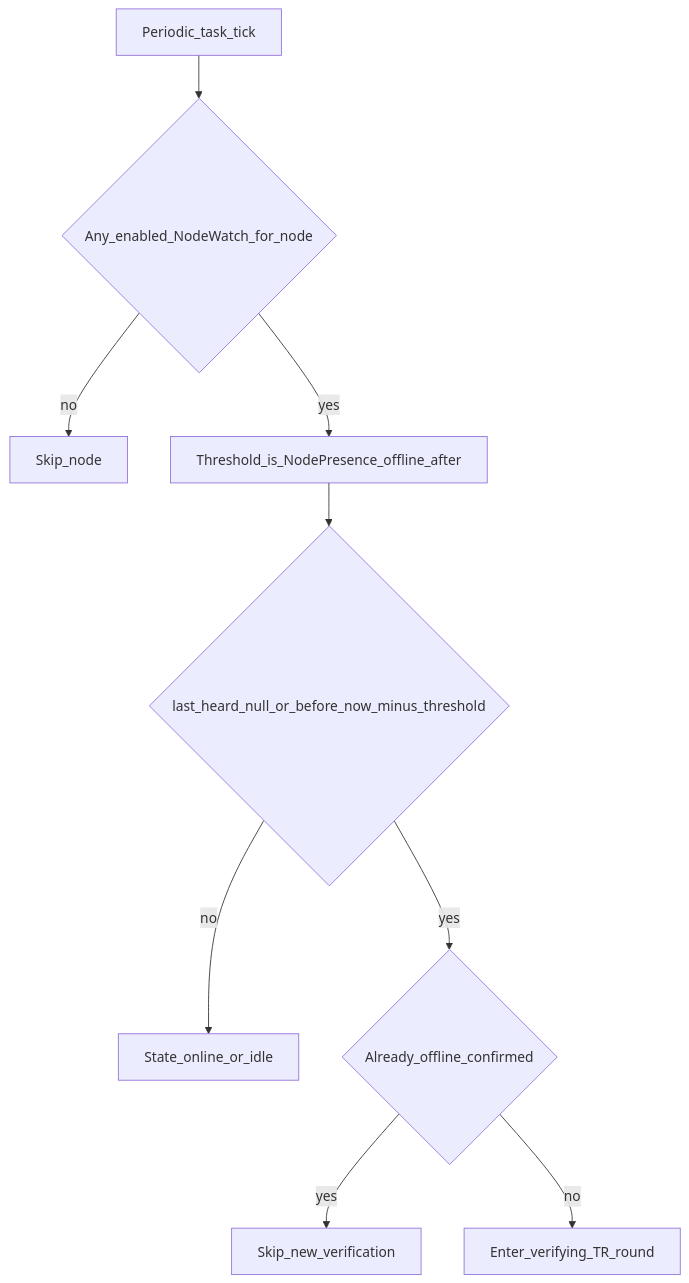
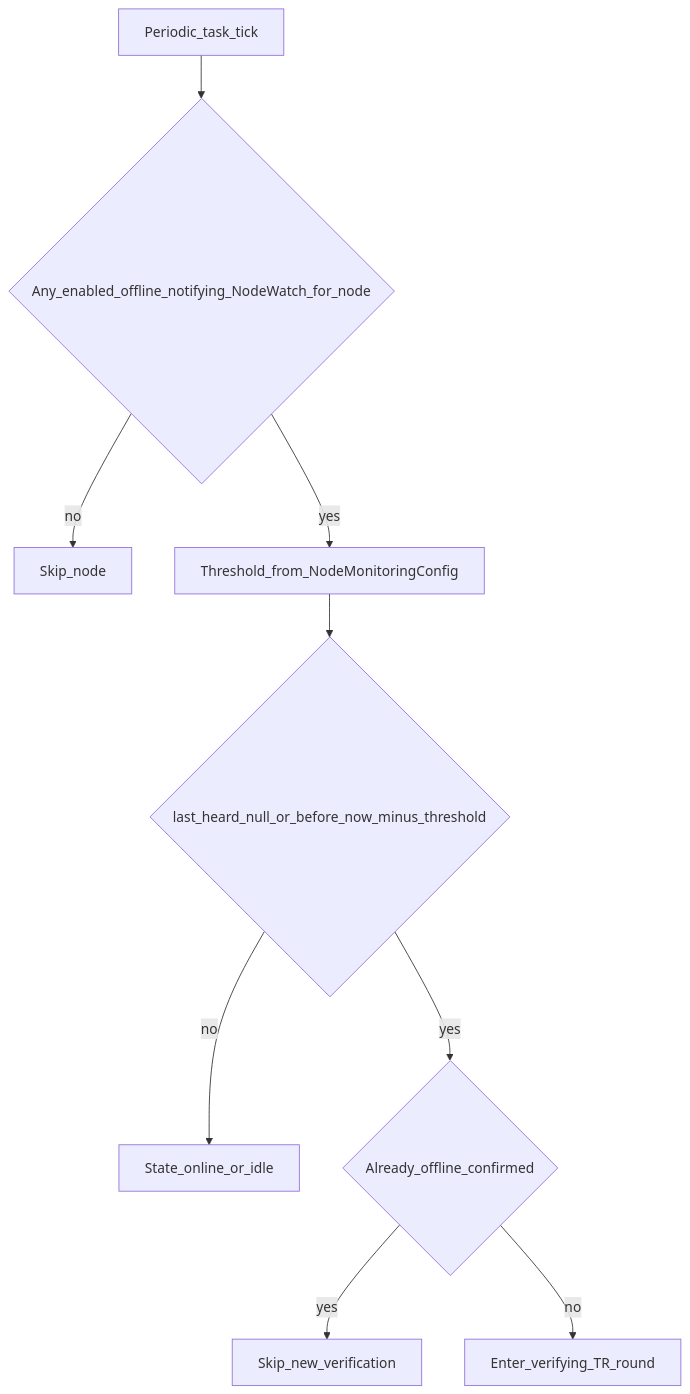
The second of 3 diagrams in docs/features/mesh-monitoring/flow.md (pskillen/meshflow-api), drawn with Mermaid before and after one commit. The commit also changed other lines of this file and 27 other files, not shown here.

First line of the commit message:
feat(monitoring): configurable battery alerts and node monitoring config

````diff
--- a/docs/features/mesh-monitoring/flow.md
+++ b/docs/features/mesh-monitoring/flow.md
@@ -59,12 +59,12 @@
 ```mermaid
 flowchart TD
   start[Periodic_task_tick]
-  start --> hasWatch{Any_enabled_NodeWatch_for_node}
+  start --> hasWatch{Any_enabled_offline_notifying_NodeWatch_for_node}
   hasWatch -->|no| skip[Skip_node]
-  hasWatch -->|yes| effThreshold[Threshold_is_NodePresence_offline_after]
+  hasWatch -->|yes| effThreshold[Threshold_from_NodeMonitoringConfig]
   effThreshold --> stale{last_heard_null_or_before_now_minus_threshold}
   stale -->|no| online[State_online_or_idle]
   stale -->|yes| checkPresence{Already_offline_confirmed}
   checkPresence -->|yes| skipRound[Skip_new_verification]
   checkPresence -->|no| verify[Enter_verifying_TR_round]
 ```
````
